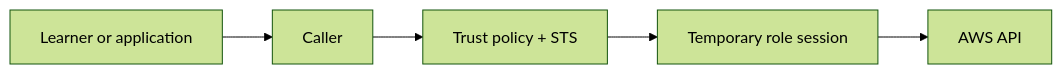
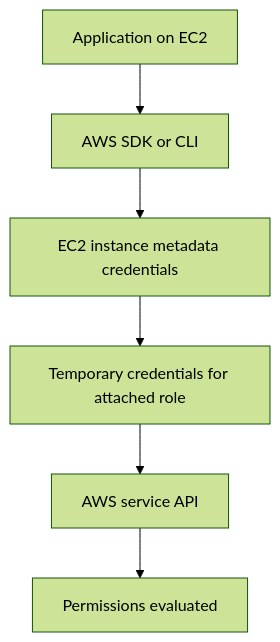
One commit to jayeshsharma2605/aws-education-notes changed the second of 3 diagrams in IAM_Roles_Explained.md. Above: the diagram before and after it, drawn with Mermaid (forest theme). The commit also changed other lines of this file, not shown here.

Commit message:
Expand and simplify AWS IAM roles lesson

````diff
--- a/IAM_Roles_Explained.md
+++ b/IAM_Roles_Explained.md
@@ -28,7 +175,8 @@
 ```mermaid
-flowchart LR
-  USER["Learner or application"] --> FIRST["Caller"]
-  FIRST --> SECOND["Trust policy + STS"]
-  SECOND --> THIRD["Temporary role session"]
-  THIRD --> RESULT["AWS API"]
+flowchart TD
+    APP["Application on EC2"] --> SDK["AWS SDK or CLI"]
+    SDK --> META["EC2 instance metadata credentials"]
+    META --> ROLE["Temporary credentials for attached role"]
+    ROLE --> API["AWS service API"]
+    API --> CHECK["Permissions evaluated"]
 ```
````
